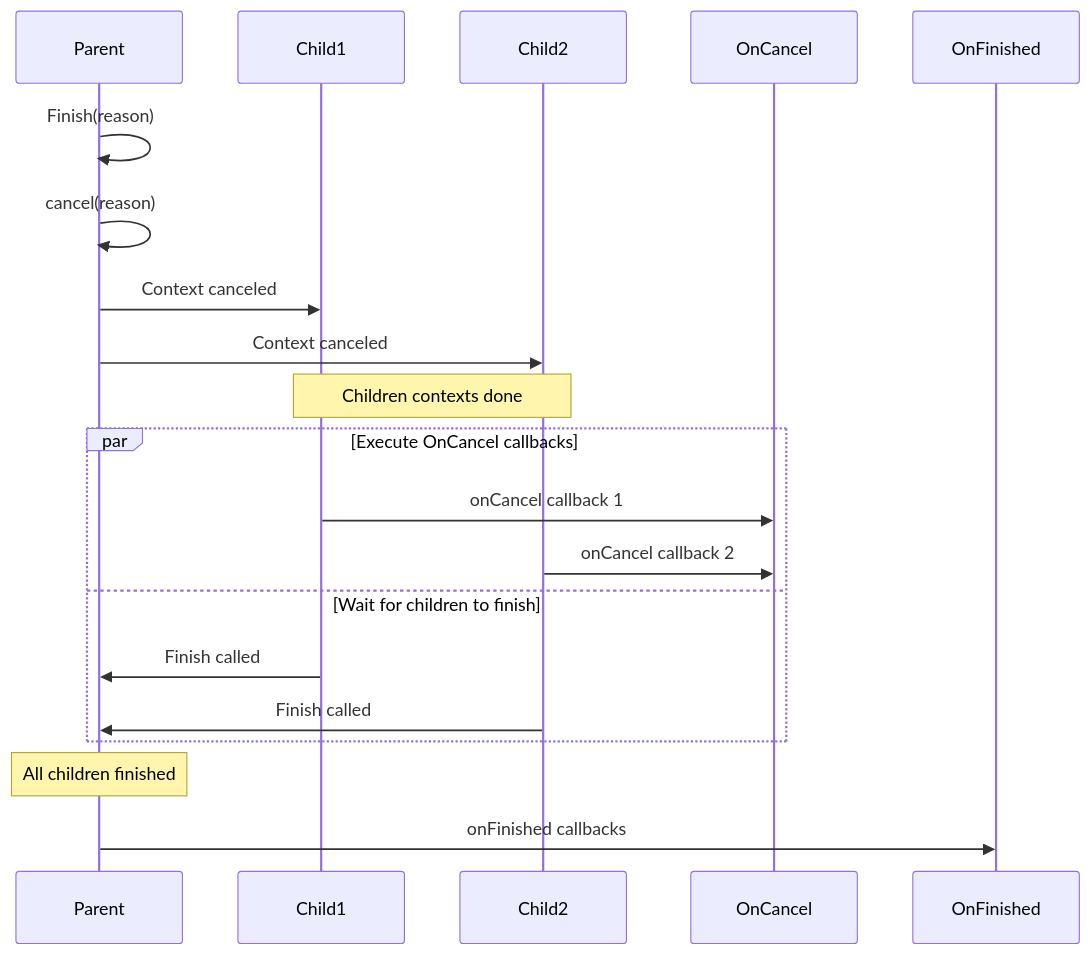
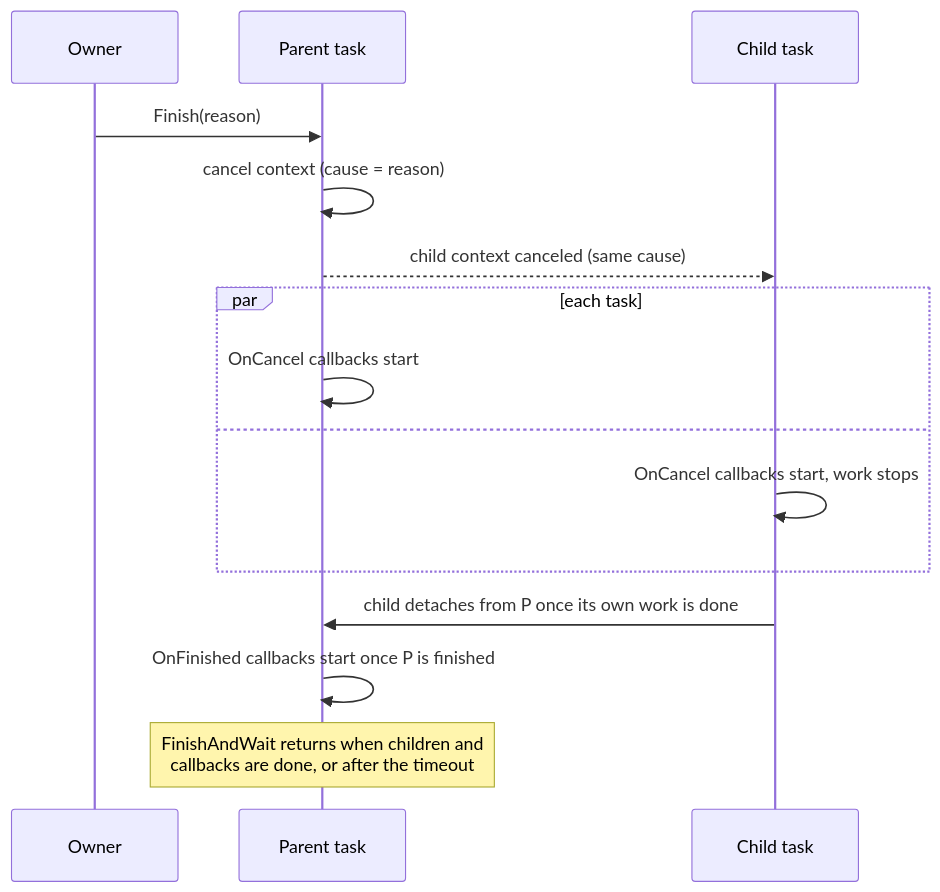
Before and after one commit to yusing/goutils: the diagram in task/README.md, drawn with Mermaid. The commit also changed other lines of this file and 28 other files, not shown here.

````diff
--- a/task/README.md
+++ b/task/README.md
@@ -361,26 +203,17 @@
 ```mermaid
 sequenceDiagram
-    participant Parent
-    participant Child1
-    participant Child2
-    participant OnCancel
-    participant OnFinished
-
-    Parent->>Parent: Finish(reason)
-    Parent->>Parent: cancel(reason)
-    Parent->>Child1: Context canceled
-    Parent->>Child2: Context canceled
-
-    Note over Child1,Child2: Children contexts done
-
-    par Execute OnCancel callbacks
-        Child1->>OnCancel: onCancel callback 1
-        Child2->>OnCancel: onCancel callback 2
-    and Wait for children to finish
-        Child1->>Parent: Finish called
-        Child2->>Parent: Finish called
+    participant Owner
+    participant P as Parent task
+    participant C as Child task
+    Owner->>P: Finish(reason)
+    P->>P: cancel context (cause = reason)
+    P-->>C: child context canceled (same cause)
+    par each task
+        P->>P: OnCancel callbacks start
+    and
+        C->>C: OnCancel callbacks start, work stops
     end
-
-    Note over Parent: All children finished
-    Parent->>OnFinished: onFinished callbacks
+    C->>P: child detaches from P once its own work is done
+    P->>P: OnFinished callbacks start once P is finished
+    Note over P: FinishAndWait returns when children and<br/>callbacks are done, or after the timeout
 ```
````
